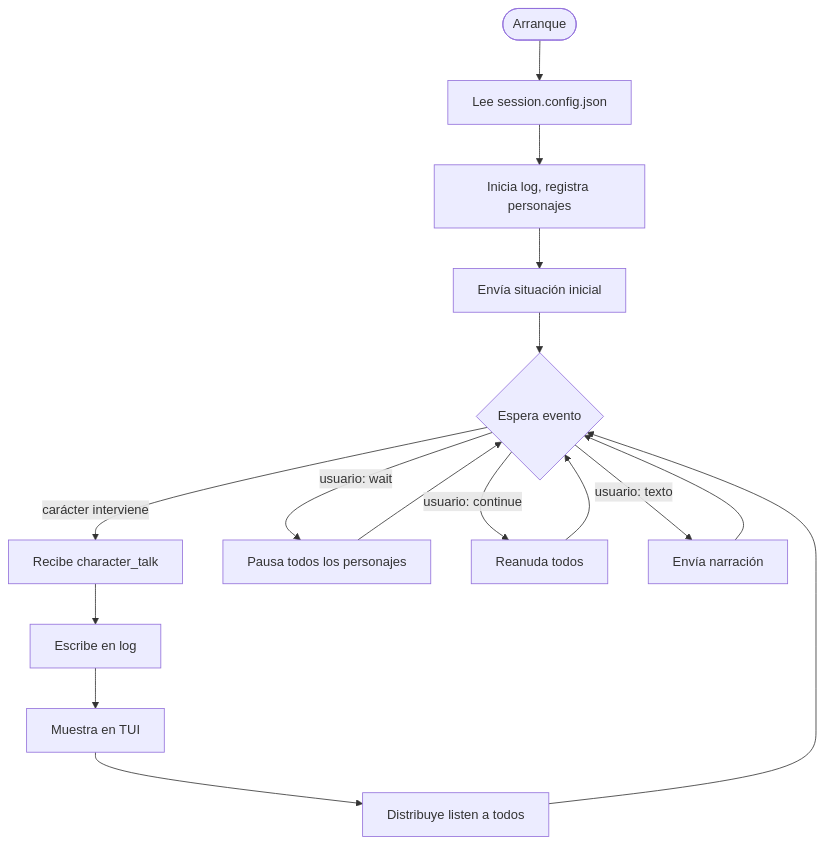
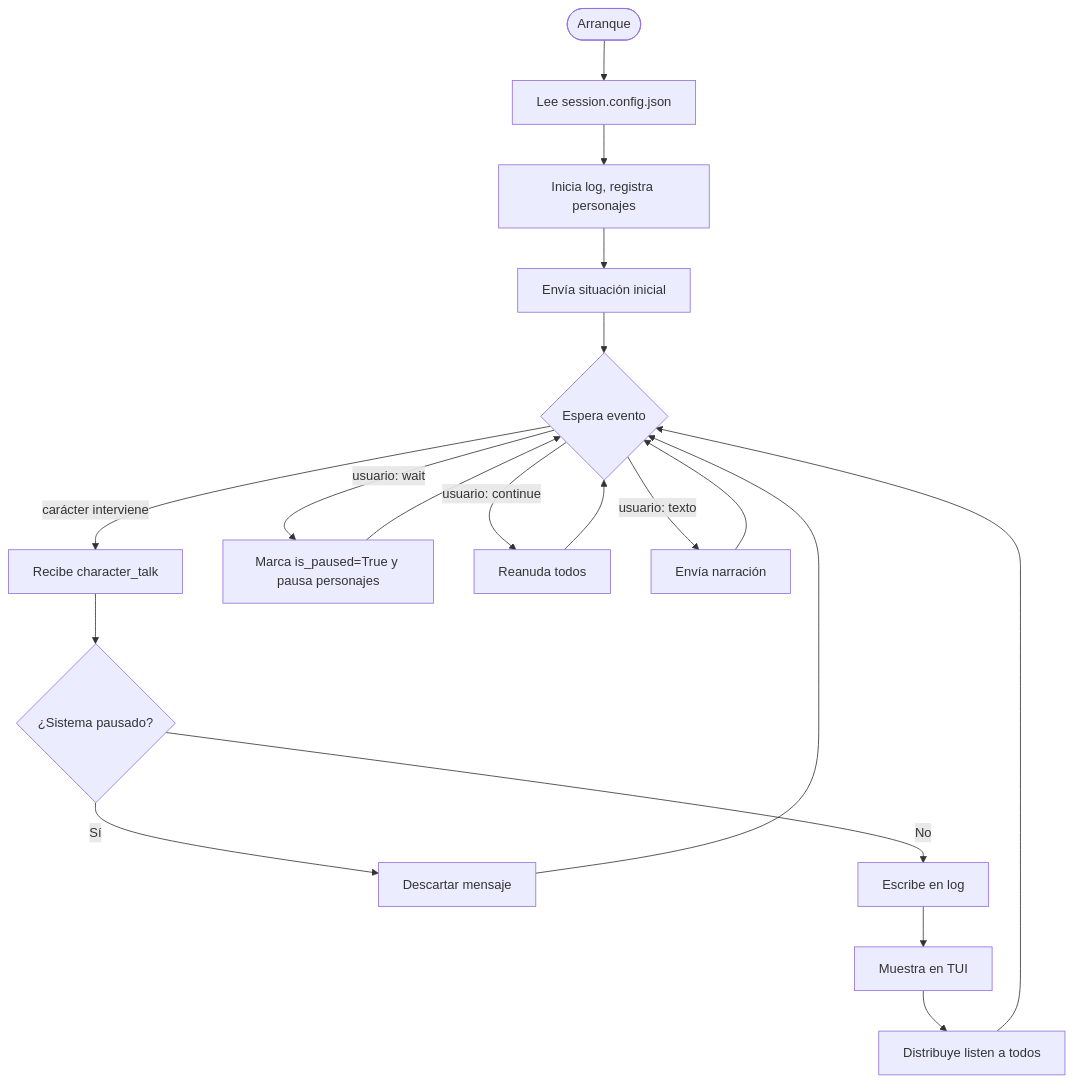
One commit to yeyopepe/PerSSim changed the fifth of 5 diagrams in interact/docs/design.md. Above: the diagram before and after it, drawn with Mermaid. The commit also changed other lines of this file and 3 other files, not shown here.

````diff
--- a/interact/docs/design.md
+++ b/interact/docs/design.md
@@ -538,18 +540,21 @@
 ```mermaid
 flowchart TD
     A([Arranque]) --> B[Lee session.config.json]
     B --> C[Inicia log, registra personajes]
     C --> D[Envía situación inicial]
     D --> E{Espera evento}
     E -->|carácter interviene| F[Recibe character_talk]
-    F --> G[Escribe en log]
+    F --> F2{¿Sistema pausado?}
+    F2 -->|Sí| F3[Descartar mensaje]
+    F3 --> E
+    F2 -->|No| G[Escribe en log]
     G --> H[Muestra en TUI]
     H --> I[Distribuye listen a todos]
     I --> E
-    E -->|usuario: wait| J[Pausa todos los personajes]
+    E -->|usuario: wait| J[Marca is_paused=True y pausa personajes]
     E -->|usuario: continue| K[Reanuda todos]
     E -->|usuario: texto| L[Envía narración]
     J --> E
     K --> E
     L --> E
 ```
````
